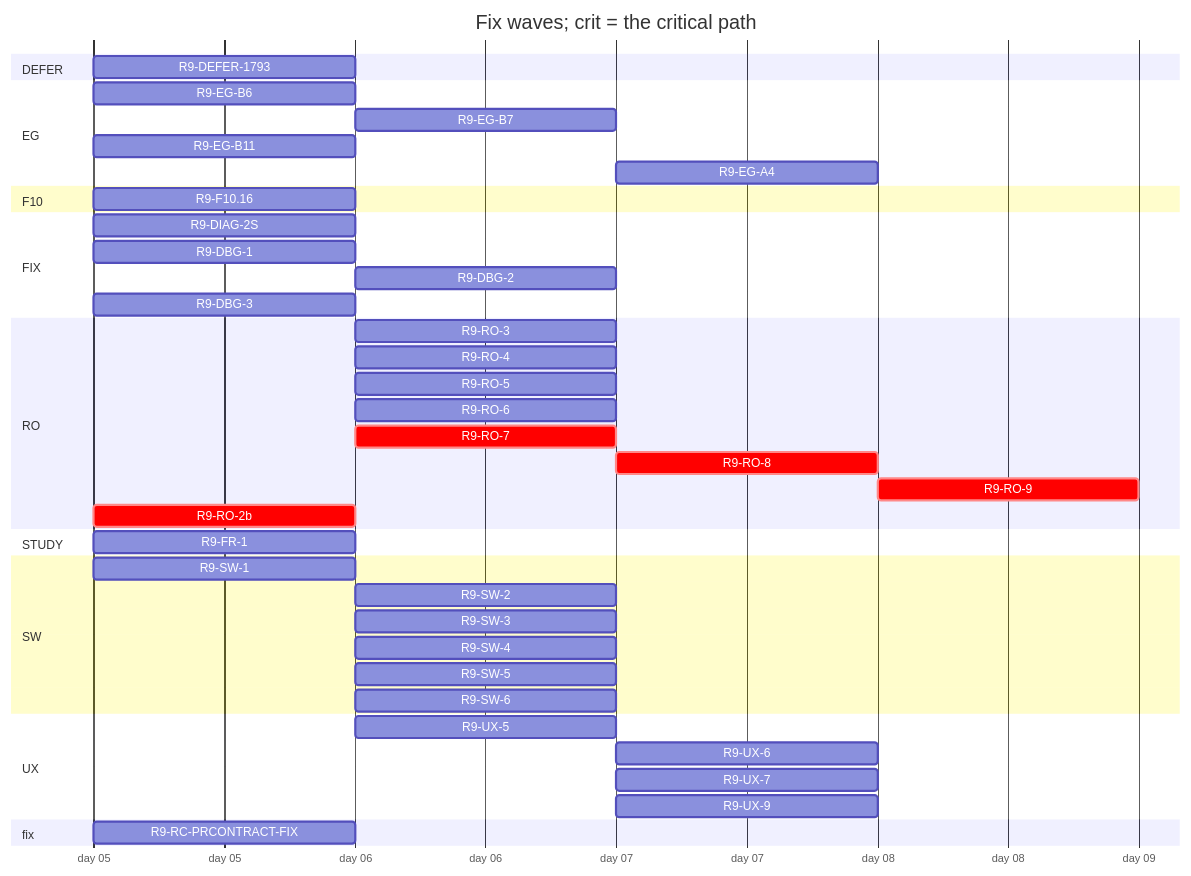
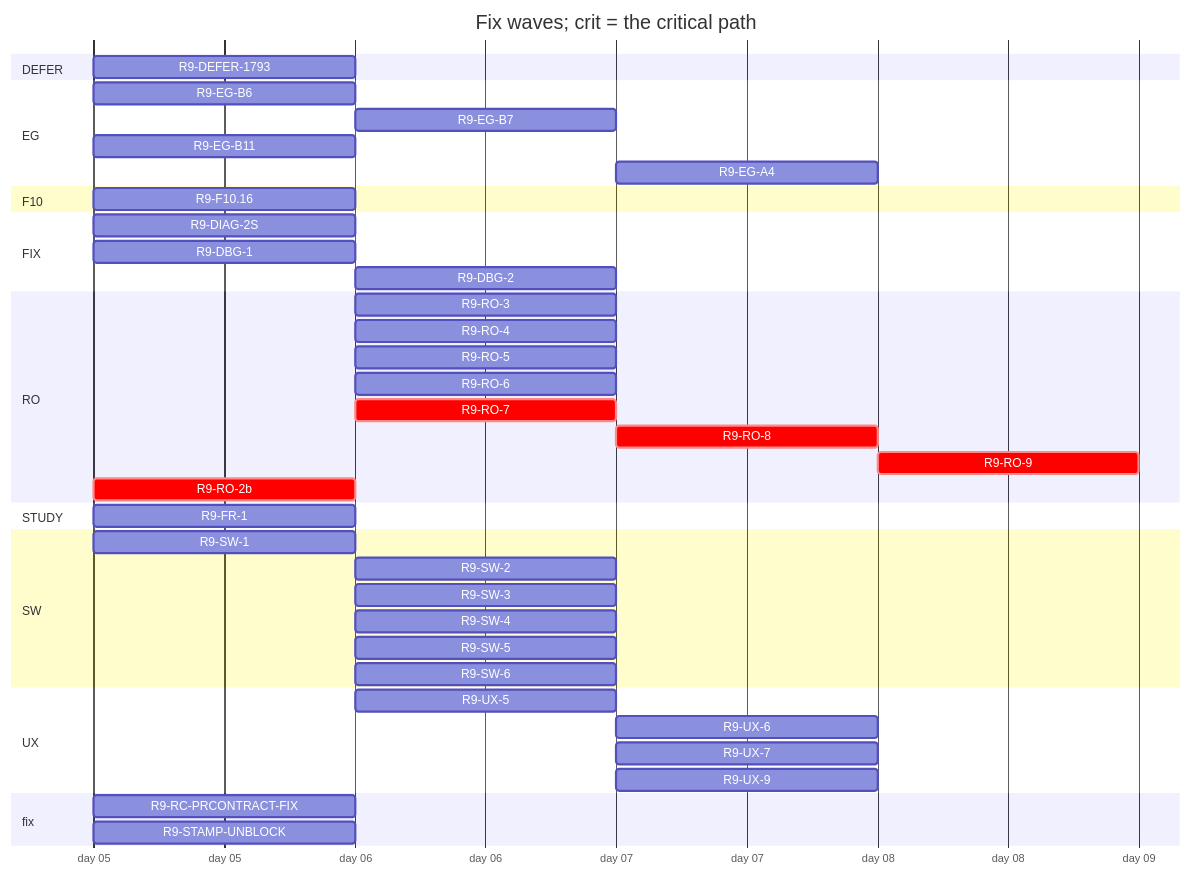
Before and after one commit to tvofi/heatpump_optimizer: the diagram in handoff/round9/state/PLAN-TABLE.md, drawn with Mermaid. The commit also changed other lines of this file and 2 other files, not shown here.

Commit message:
state: regenerated over roster 926c2a3d (R9-RC-PRCONTRACT and R9-DBG-3 done; R9-STAMP-UNBLOCK added) (state_docs.py)

````diff
--- a/handoff/round9/state/PLAN-TABLE.md
+++ b/handoff/round9/state/PLAN-TABLE.md
@@ -22,45 +22,45 @@
 ```mermaid
 gantt
   title Fix waves; crit = the critical path
   dateFormat YYYY-MM-DD
   axisFormat day %d
   section DEFER
     R9-DEFER-1793 :r9DEFER1793, 2026-01-05, 1d
   section EG
     R9-EG-B6 :r9EGB6, 2026-01-05, 1d
     R9-EG-B7 :r9EGB7, after r9EGB6, 1d
     R9-EG-B11 :r9EGB11, 2026-01-05, 1d
     R9-EG-A4 :r9EGA4, after r9EGB7 r9EGB11, 1d
   section F10
     R9-F10.16 :r9F1016, 2026-01-05, 1d
   section FIX
     R9-DIAG-2S :r9DIAG2S, 2026-01-05, 1d
     R9-DBG-1 :r9DBG1, 2026-01-05, 1d
     R9-DBG-2 :r9DBG2, after r9DBG1, 1d
-    R9-DBG-3 :r9DBG3, 2026-01-05, 1d
   section RO
     R9-RO-3 :r9RO3, after r9RO2b, 1d
     R9-RO-4 :r9RO4, after r9RO2b, 1d
     R9-RO-5 :r9RO5, after r9RO2b, 1d
     R9-RO-6 :r9RO6, after r9RO2b, 1d
     R9-RO-7 :crit, r9RO7, after r9RO2b, 1d
     R9-RO-8 :crit, r9RO8, after r9RO2b r9RO7, 1d
     R9-RO-9 :crit, r9RO9, after r9RO3 r9RO4 r9RO5 r9RO6 r9RO8 r9EGA4 r9SW4 r9UX5 r9UX6 r9UX7, 1d
     R9-RO-2b :crit, r9RO2b, 2026-01-05, 1d
   section STUDY
     R9-FR-1 :r9FR1, 2026-01-05, 1d
   section SW
     R9-SW-1 :r9SW1, 2026-01-05, 1d
     R9-SW-2 :r9SW2, after r9SW1 r9EGB6, 1d
     R9-SW-3 :r9SW3, after r9SW1, 1d
     R9-SW-4 :r9SW4, after r9SW1, 1d
     R9-SW-5 :r9SW5, after r9EGB6, 1d
     R9-SW-6 :r9SW6, after r9SW1, 1d
   section UX
     R9-UX-5 :r9UX5, after r9EGB6 r9SW1, 1d
     R9-UX-6 :r9UX6, after r9EGB7 r9EGB11 r9UX5, 1d
     R9-UX-7 :r9UX7, after r9EGB6 r9EGB11 r9UX5, 1d
     R9-UX-9 :r9UX9, after r9SW6, 1d
   section fix
     R9-RC-PRCONTRACT-FIX :r9RCPRCONTRACTFIX, 2026-01-05, 1d
+    R9-STAMP-UNBLOCK :r9STAMPUNBLOCK, 2026-01-05, 1d
 ```
````
